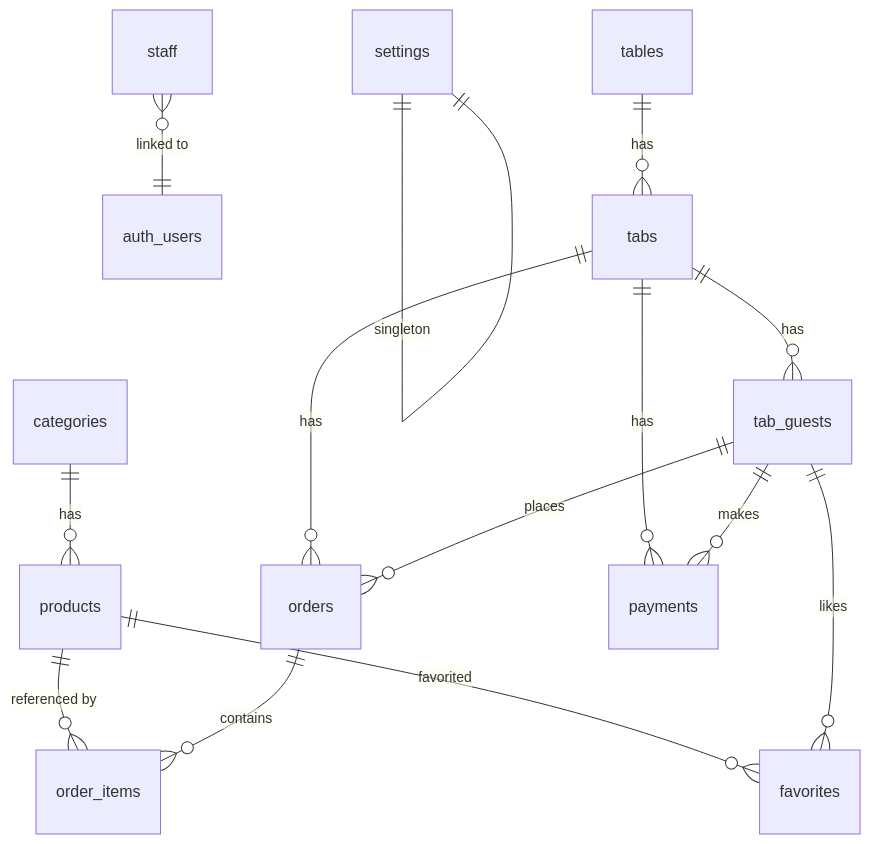
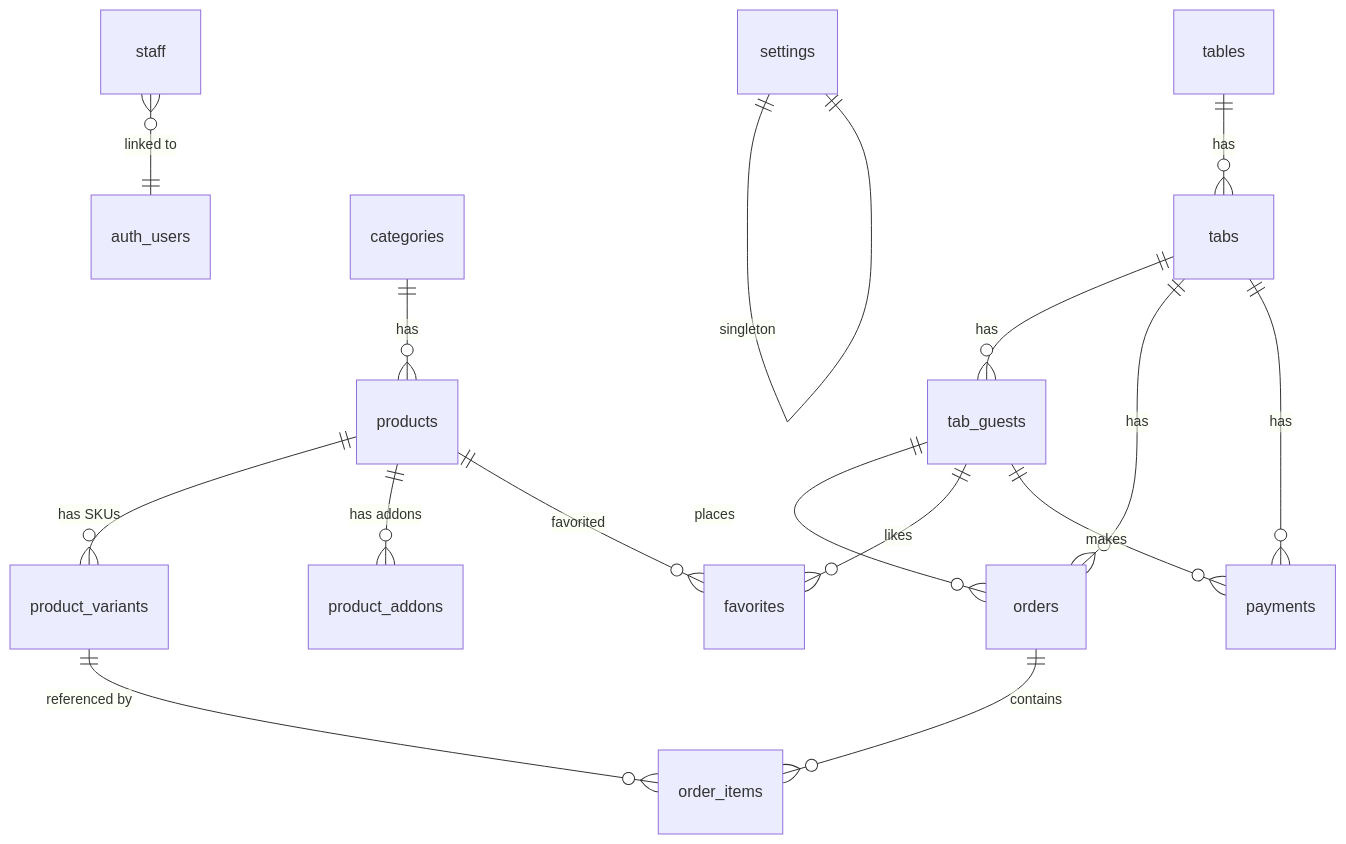
The diagram in docs/01-BANCO-DE-DADOS.md (Alan-silva01/cardapio-digital), drawn with Mermaid before and after one commit. The commit also changed other lines of this file and 1 other file, not shown here.

Commit message:
docs: update database and admin specifications for relational SKU/variants model instead of JSONB

````diff
--- a/docs/01-BANCO-DE-DADOS.md
+++ b/docs/01-BANCO-DE-DADOS.md
@@ -20,16 +21,18 @@
 ```mermaid
 erDiagram
     settings ||--|| settings : "singleton"
     staff }o--|| auth_users : "linked to"
     categories ||--o{ products : has
-    products ||--o{ order_items : "referenced by"
+    products ||--o{ product_variants : "has SKUs"
+    products ||--o{ product_addons : "has addons"
+    product_variants ||--o{ order_items : "referenced by"
     products ||--o{ favorites : "favorited"
     tables ||--o{ tabs : has
     tabs ||--o{ tab_guests : has
     tabs ||--o{ orders : has
     tabs ||--o{ payments : has
     tab_guests ||--o{ orders : places
     tab_guests ||--o{ favorites : likes
     orders ||--o{ order_items : contains
     tab_guests ||--o{ payments : makes
 ```
````
